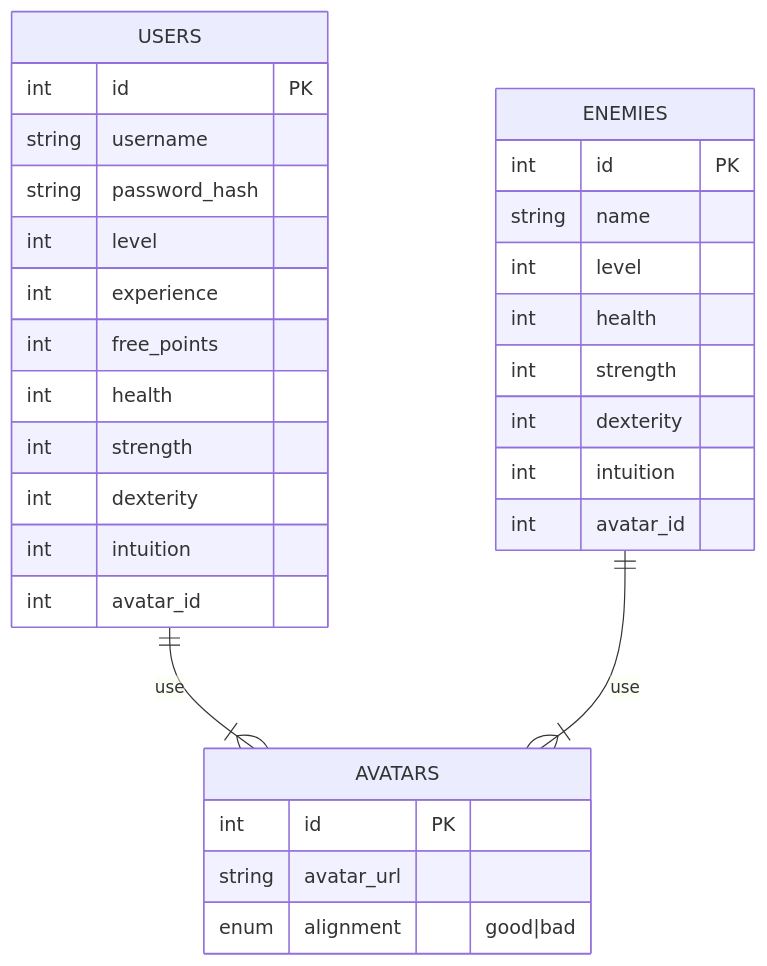
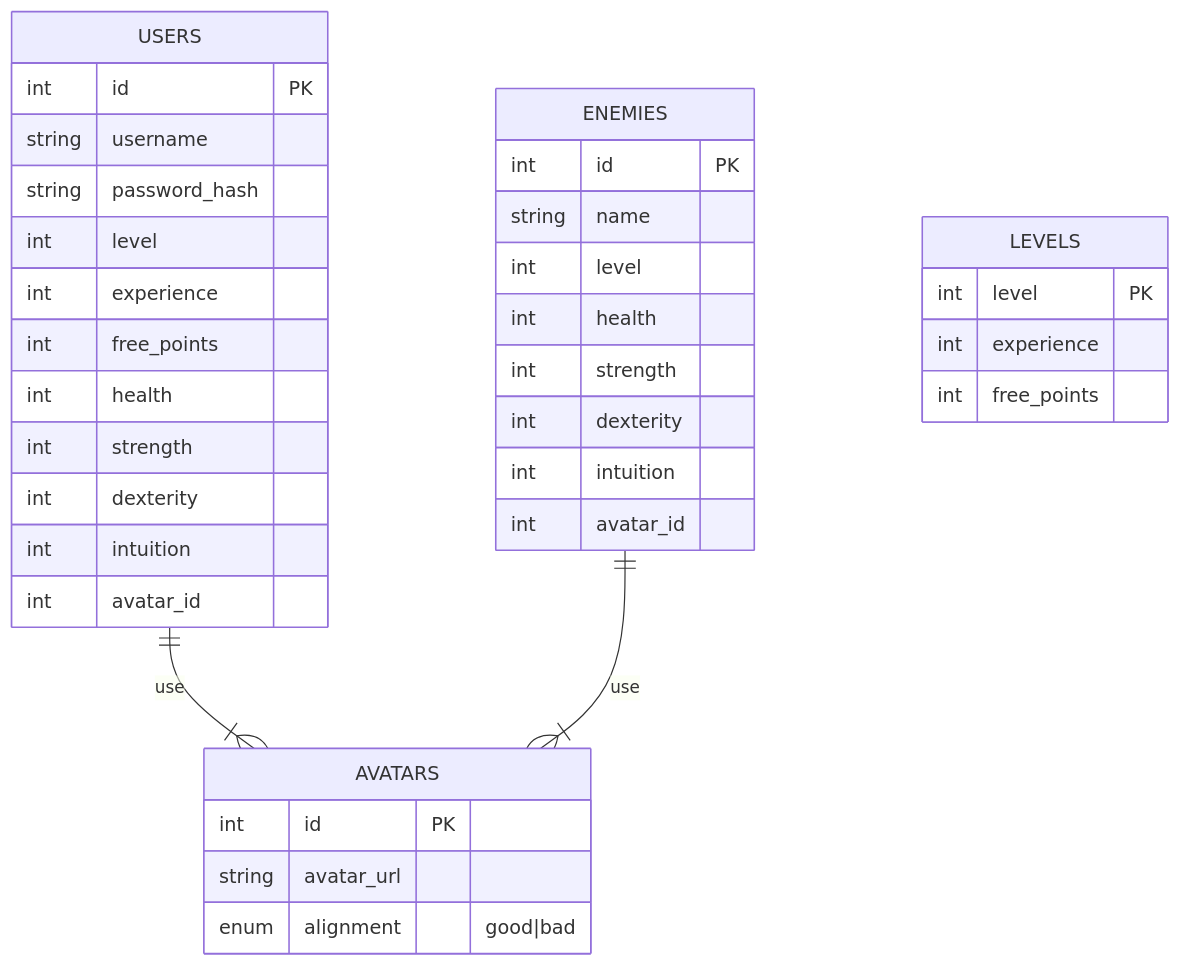
The diagram in README.md (arkadiyshin/fighter), drawn with Mermaid before and after one commit. The commit also changed other lines of this file, not shown here.

````diff
--- a/README.md
+++ b/README.md
@@ -85,38 +113,44 @@
 ```mermaid
 erDiagram
 
 USERS ||--|{ AVATARS : "use"
 ENEMIES ||--|{ AVATARS : "use"
 
 USERS{
   int id PK
   string username
   string password_hash
   int level
   int experience
   int free_points
   int health
   int strength
   int dexterity
   int intuition
   int avatar_id
 }
 
 ENEMIES{
   int id PK
   string name
   int level
   int health
   int strength
   int dexterity
   int intuition
   int avatar_id
 }
 
 AVATARS{
   int id PK
   string avatar_url
   enum alignment "good|bad"
 }
 
+LEVELS{
+  int level PK
+  int experience
+  int free_points
+}
+
 ```
````
